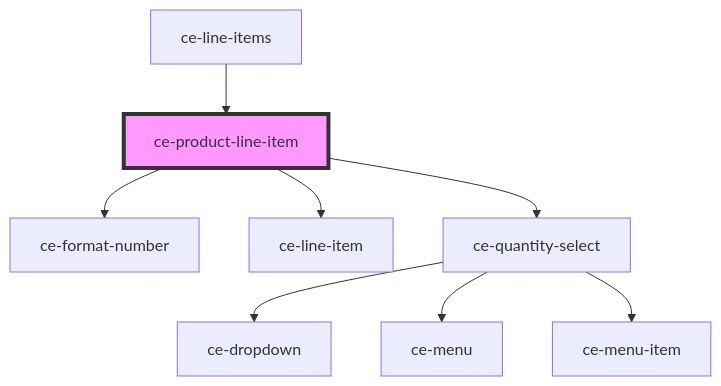
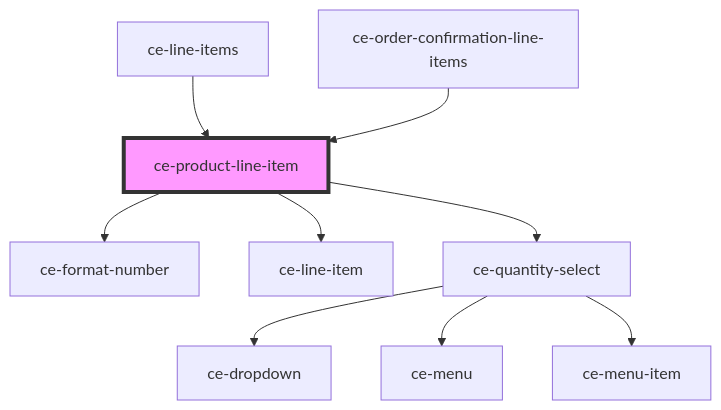
The diagram in packages/components/src/components/ui/product-line-item/readme.md (surecart/surecart-wp-plugin), drawn with Mermaid before and after one commit. The commit also changed other lines of this file and 56 other files, not shown here.

````diff
--- a/packages/components/src/components/ui/product-line-item/readme.md
+++ b/packages/components/src/components/ui/product-line-item/readme.md
@@ -44,11 +45,12 @@
 ```mermaid
 graph TD;
   ce-product-line-item --> ce-format-number
   ce-product-line-item --> ce-line-item
   ce-product-line-item --> ce-quantity-select
   ce-quantity-select --> ce-dropdown
   ce-quantity-select --> ce-menu
   ce-quantity-select --> ce-menu-item
   ce-line-items --> ce-product-line-item
+  ce-order-confirmation-line-items --> ce-product-line-item
   style ce-product-line-item fill:#f9f,stroke:#333,stroke-width:4px
 ```
````
